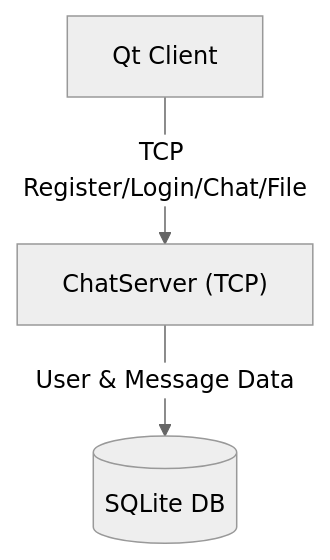
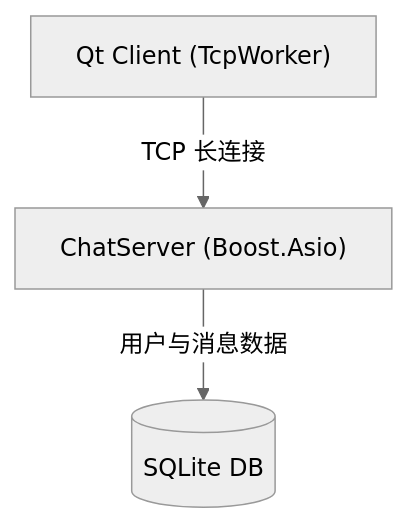
The diagram in README.md (msrnnnnn/msrChat), drawn with Mermaid (neutral theme) before and after one commit. The commit also changed other lines of this file and 120 other files, not shown here.

````diff
--- a/README.md
+++ b/README.md
@@ -23,9 +27,9 @@
 ```mermaid
 graph TD
-    Client["Qt Client"]
-    Chat["ChatServer (TCP)"]
+    Client["Qt Client (TcpWorker)"]
+    Chat["ChatServer (Boost.Asio)"]
     SQLite[("SQLite DB")]
 
-    Client -- "TCP Register/Login/Chat/File" --> Chat
-    Chat -- "User & Message Data" --> SQLite
+    Client -- "TCP 长连接" --> Chat
+    Chat -- "用户与消息数据" --> SQLite
 ```
````
